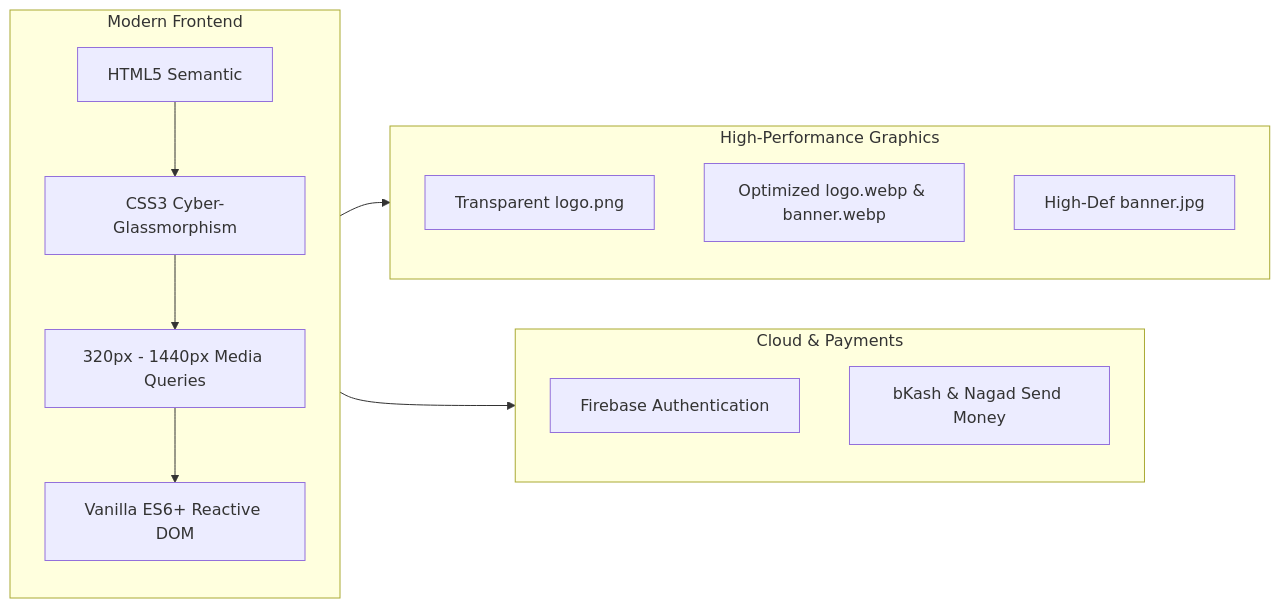
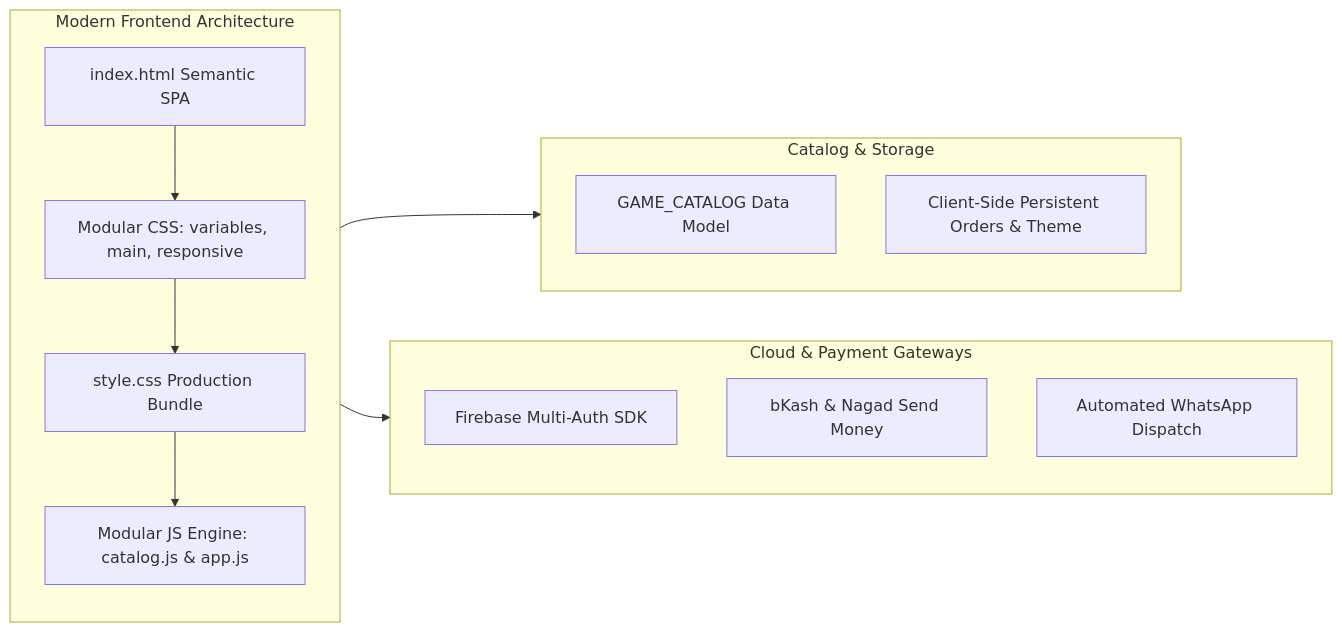
One commit to saikat01733/Sonic-s-E-Shop changed the diagram in README.md. Above: the diagram before and after it, drawn with Mermaid. The commit also changed other lines of this file and 10 other files, not shown here.

Commit message:
Implement Khela Store multi-game catalog, dynamic top-up engine, order tracking, and invoice system

````diff
--- a/README.md
+++ b/README.md
@@ -179,22 +173,22 @@
 ```mermaid
 graph LR
-    subgraph Frontend [Modern Frontend]
-        HTML5[HTML5 Semantic] --> CSS3[CSS3 Cyber-Glassmorphism]
-        CSS3 --> Responsive[320px - 1440px Media Queries]
-        Responsive --> JS[Vanilla ES6+ Reactive DOM]
+    subgraph Frontend [Modern Frontend Architecture]
+        HTML5[index.html Semantic SPA] --> CSSModules[Modular CSS: variables, main, responsive]
+        CSSModules --> StyleBundle[style.css Production Bundle]
+        StyleBundle --> JSModules[Modular JS Engine: catalog.js & app.js]
     end
 
-    subgraph Assets [High-Performance Graphics]
-        PNG[Transparent logo.png]
-        WebP[Optimized logo.webp & banner.webp]
-        JPG[High-Def banner.jpg]
+    subgraph Data [Catalog & Storage]
+        Catalog[GAME_CATALOG Data Model]
+        LocalStorage[Client-Side Persistent Orders & Theme]
     end
 
-    subgraph Services [Cloud & Payments]
-        Firebase[Firebase Authentication]
-        Payments[bKash & Nagad Send Money]
+    subgraph Services [Cloud & Payment Gateways]
+        Firebase[Firebase Multi-Auth SDK]
+        Payment[bKash & Nagad Send Money]
+        WhatsApp[Automated WhatsApp Dispatch]
     end
 
-    Frontend --> Assets
+    Frontend --> Data
     Frontend --> Services
 ```
````
